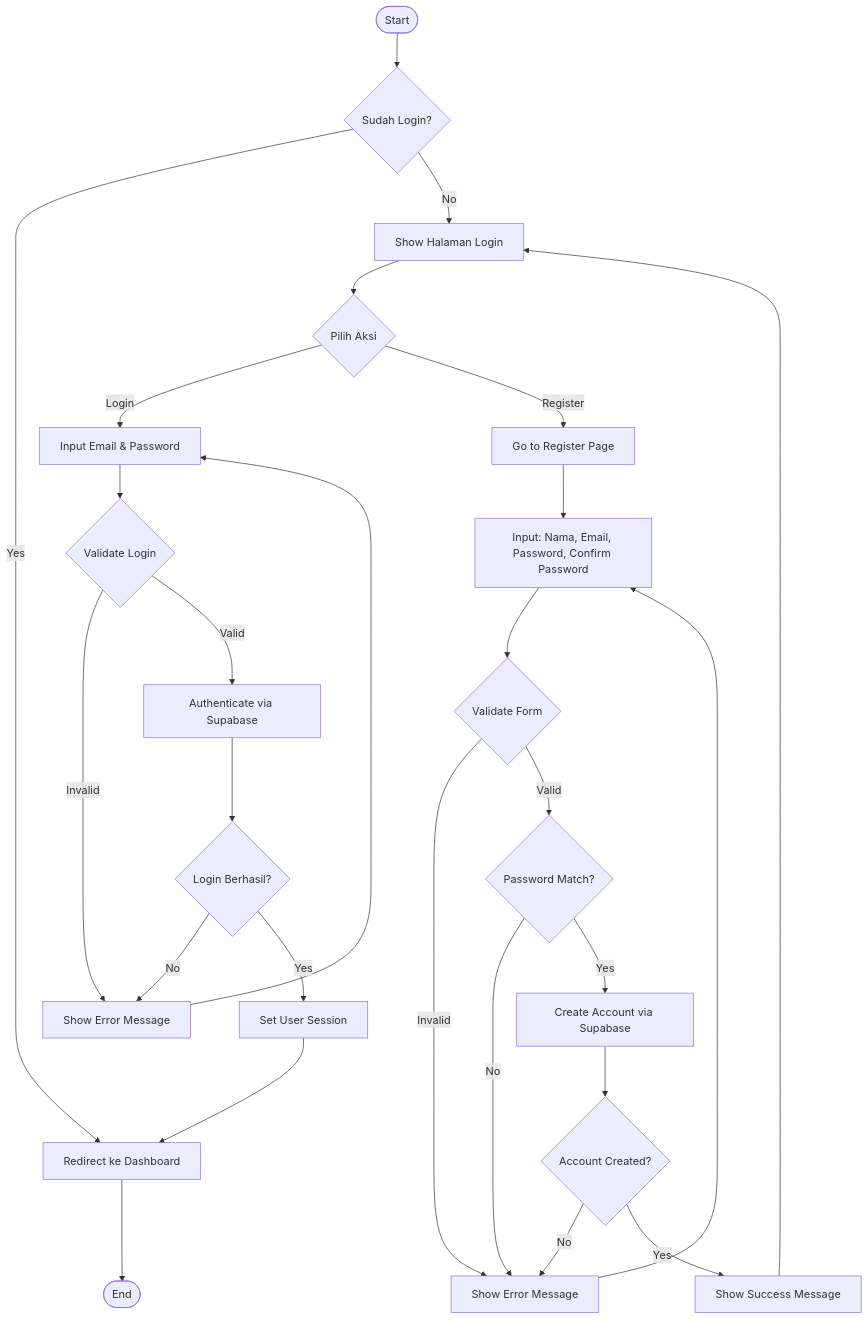
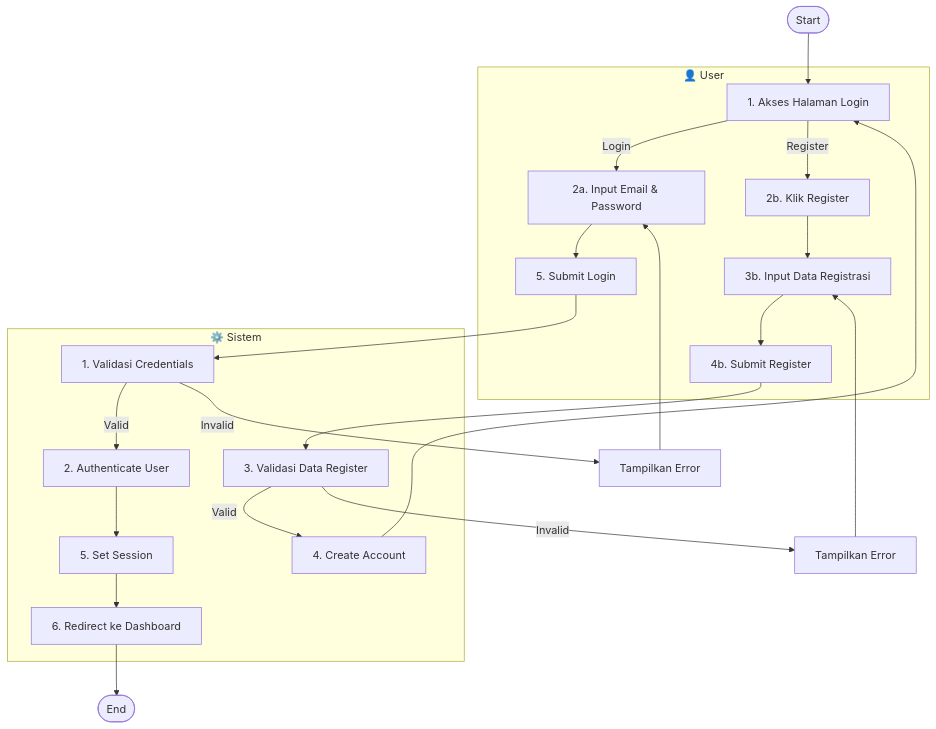
One commit to rizkygm23/laundry-app changed the ninth of 12 diagrams in diagram_activity.md. Above: the diagram before and after it, drawn with Mermaid. The commit also changed other lines of this file and 5 other files, not shown here.

Commit message:
add diagram

````diff
--- a/diagram_activity.md
+++ b/diagram_activity.md
@@ -233,30 +319,39 @@
 ```mermaid
 flowchart TD
-    Start([Start]) --> CheckAuth{Sudah Login?}
-    CheckAuth -->|Yes| RedirectDashboard[Redirect ke Dashboard]
-    RedirectDashboard --> End([End])
-    CheckAuth -->|No| ShowLogin[Show Halaman Login]
-    ShowLogin --> SelectAction{Pilih Aksi}
-    SelectAction -->|Login| InputLogin[Input Email & Password]
-    SelectAction -->|Register| GoRegister[Go to Register Page]
-    InputLogin --> ValidateLogin{Validate Login}
-    ValidateLogin -->|Invalid| ShowError[Show Error Message]
-    ShowError --> InputLogin
-    ValidateLogin -->|Valid| Authenticate[Authenticate via Supabase]
-    Authenticate --> CheckAuthSuccess{Login Berhasil?}
-    CheckAuthSuccess -->|No| ShowError
-    CheckAuthSuccess -->|Yes| SetSession[Set User Session]
-    SetSession --> RedirectDashboard
+    subgraph User["👤 User"]
+        U1[1. Akses Halaman Login]
+        U2[2a. Input Email & Password]
+        U2B[2b. Klik Register]
+        U3[3b. Input Data Registrasi]
+        U4[4b. Submit Register]
+        U5[5. Submit Login]
+    end
     
-    GoRegister --> InputRegister[Input: Nama, Email, Password, Confirm Password]
-    InputRegister --> ValidateRegister{Validate Form}
-    ValidateRegister -->|Invalid| ShowErrorReg[Show Error Message]
-    ShowErrorReg --> InputRegister
-    ValidateRegister -->|Valid| CheckPassword{Password Match?}
-    CheckPassword -->|No| ShowErrorReg
-    CheckPassword -->|Yes| CreateAccount[Create Account via Supabase]
-    CreateAccount --> CheckCreateSuccess{Account Created?}
-    CheckCreateSuccess -->|No| ShowErrorReg
-    CheckCreateSuccess -->|Yes| ShowSuccessReg[Show Success Message]
-    ShowSuccessReg --> ShowLogin
+    subgraph System["⚙️ Sistem"]
+        S1[1. Validasi Credentials]
+        S2[2. Authenticate User]
+        S3[3. Validasi Data Register]
+        S4[4. Create Account]
+        S5[5. Set Session]
+        S6[6. Redirect ke Dashboard]
+    end
+    
+    Start([Start]) --> U1
+    U1 -->|Login| U2
+    U1 -->|Register| U2B
+    U2 --> U5
+    U5 --> S1
+    S1 -->|Valid| S2
+    S1 -->|Invalid| Error1[Tampilkan Error]
+    S2 --> S5
+    S5 --> S6
+    S6 --> End([End])
+    Error1 --> U2
+    U2B --> U3
+    U3 --> U4
+    U4 --> S3
+    S3 -->|Valid| S4
+    S3 -->|Invalid| Error2[Tampilkan Error]
+    S4 --> U1
+    Error2 --> U3
 ```
````
